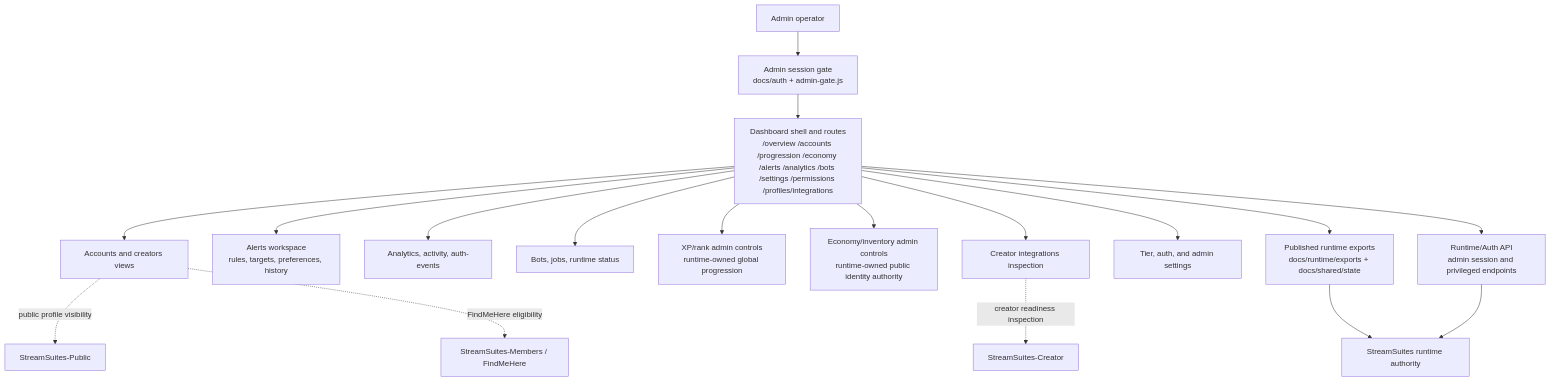
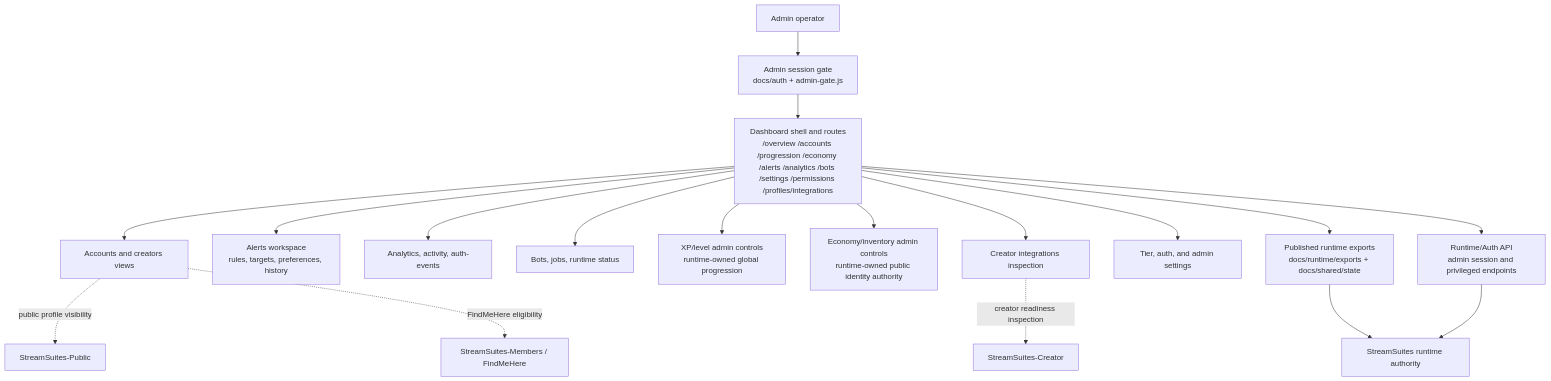
The diagram in README.md (BSMediaGroup/StreamSuites-Dashboard), drawn with Mermaid before and after one commit. The commit also changed 8 other files, not shown here.

First line of the commit message:
Migrate XP ranks to 25-level progression system

````diff
--- a/README.md
+++ b/README.md
@@ -23,23 +23,23 @@
 ```mermaid
 flowchart TD
     Admin["Admin operator"] --> Gate["Admin session gate<br/>docs/auth + admin-gate.js"]
     Gate --> Shell["Dashboard shell and routes<br/>/overview /accounts /progression /economy /alerts /analytics /bots /settings /permissions /profiles/integrations"]
 
     Shell --> Accounts["Accounts and creators views"]
     Shell --> Alerts["Alerts workspace<br/>rules, targets, preferences, history"]
     Shell --> Analytics["Analytics, activity, auth-events"]
     Shell --> Bots["Bots, jobs, runtime status"]
-    Shell --> Progression["XP/rank admin controls<br/>runtime-owned global progression"]
+    Shell --> Progression["XP/level admin controls<br/>runtime-owned global progression"]
     Shell --> Economy["Economy/inventory admin controls<br/>runtime-owned public identity authority"]
     Shell --> Integrations["Creator integrations inspection"]
     Shell --> Settings["Tier, auth, and admin settings"]
 
     Shell --> RuntimeExports["Published runtime exports<br/>docs/runtime/exports + docs/shared/state"]
     Shell --> Auth["Runtime/Auth API<br/>admin session and privileged endpoints"]
     RuntimeExports --> Runtime["StreamSuites runtime authority"]
     Auth --> Runtime
 
     Accounts -. public profile visibility .-> Public["StreamSuites-Public"]
     Accounts -. FindMeHere eligibility .-> Members["StreamSuites-Members / FindMeHere"]
     Integrations -. creator readiness inspection .-> Creator["StreamSuites-Creator"]
 ```
````
